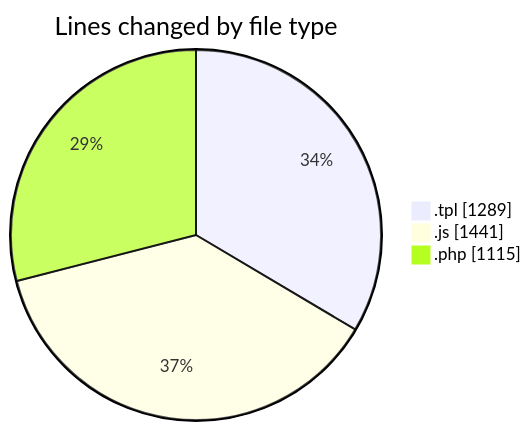
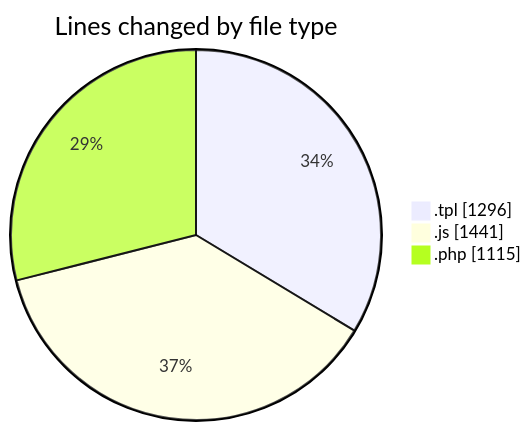
The first of 2 diagrams in 2025-03-24/zeytoon/README.md (vahidmafi/code-tracking), drawn with Mermaid before and after one commit. The commit also changed other lines of this file and 1 other file, not shown here.

````diff
--- a/2025-03-24/zeytoon/README.md
+++ b/2025-03-24/zeytoon/README.md
@@ -23,7 +23,7 @@
 ```mermaid
 pie showData
 title Lines changed by file type
-".tpl" : 1289
+".tpl" : 1296
 ".js" : 1441
 ".php" : 1115
 ```
````
